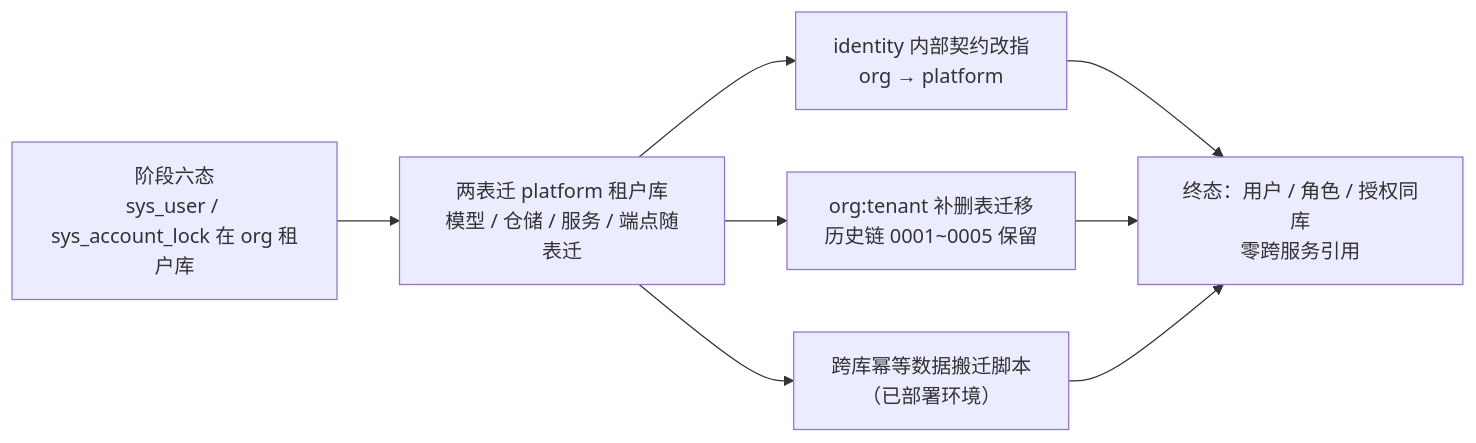
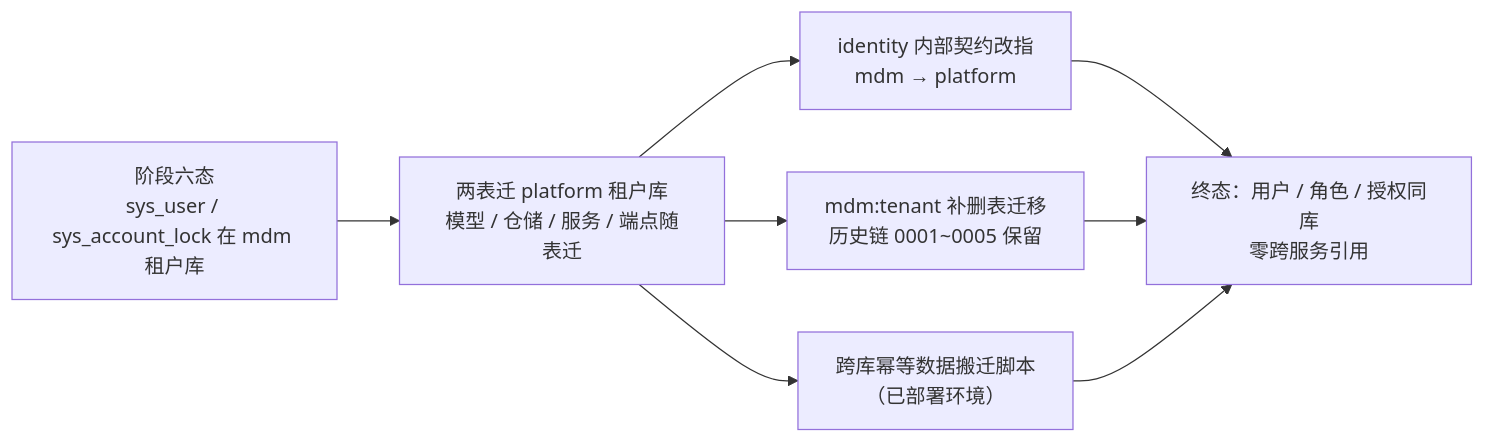
One commit to minjian123/basic-management-system changed the first of 3 diagrams in bms文档/项目/07_RBAC基础模块/任务/02_用户与角色/02_用户与角色_05_用户账号归口平台/设计/01_详细设计_05_用户账号归口平台.md. Above: the diagram before and after it, drawn with Mermaid. The commit also changed other lines of this file and 501 other files, not shown here.

````diff
--- a/bms文档/项目/07_RBAC基础模块/任务/02_用户与角色/02_用户与角色_05_用户账号归口平台/设计/01_详细设计_05_用户账号归口平台.md
+++ b/bms文档/项目/07_RBAC基础模块/任务/02_用户与角色/02_用户与角色_05_用户账号归口平台/设计/01_详细设计_05_用户账号归口平台.md
@@ -13,10 +13,10 @@
 ```mermaid
 flowchart LR
-    A["阶段六态<br/>sys_user / sys_account_lock 在 org 租户库"] --> B["两表迁 platform 租户库<br/>模型 / 仓储 / 服务 / 端点随表迁"]
-    B --> C["identity 内部契约改指<br/>org → platform"]
-    B --> D["org:tenant 补删表迁移<br/>历史链 0001~0005 保留"]
+    A["阶段六态<br/>sys_user / sys_account_lock 在 mdm 租户库"] --> B["两表迁 platform 租户库<br/>模型 / 仓储 / 服务 / 端点随表迁"]
+    B --> C["identity 内部契约改指<br/>mdm → platform"]
+    B --> D["mdm:tenant 补删表迁移<br/>历史链 0001~0005 保留"]
     B --> E["跨库幂等数据搬迁脚本<br/>（已部署环境）"]
     C --> F["终态：用户 / 角色 / 授权同库<br/>零跨服务引用"]
     D --> F
     E --> F
 ```
````
